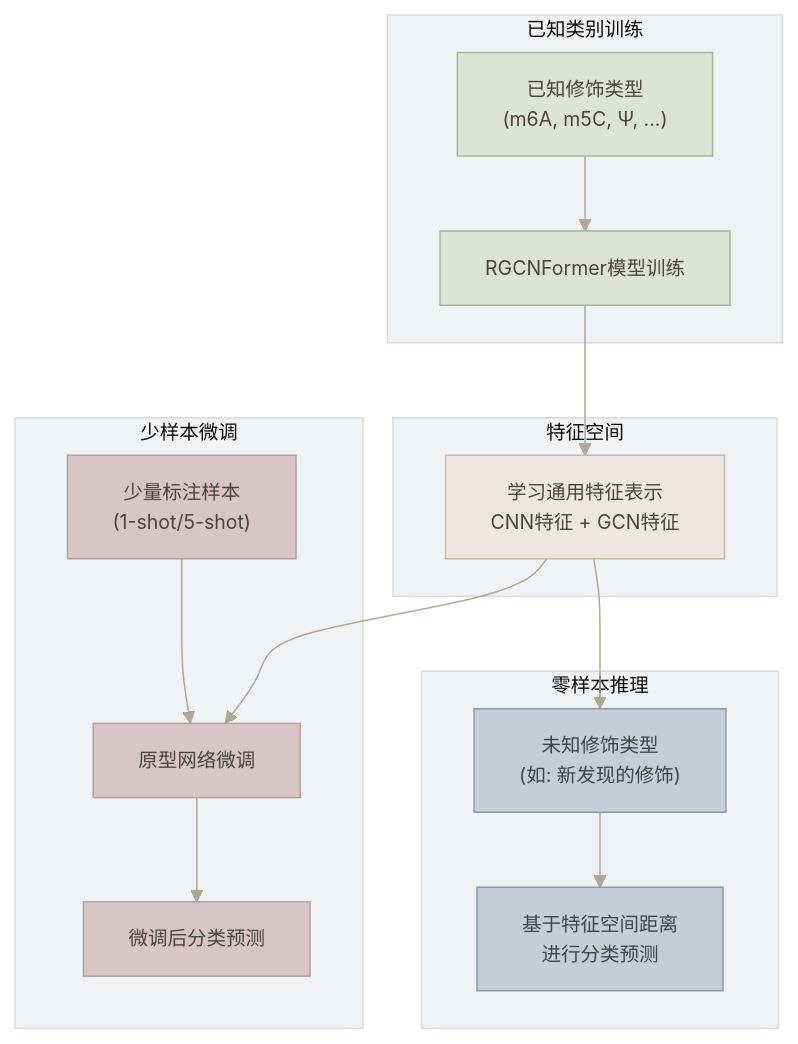
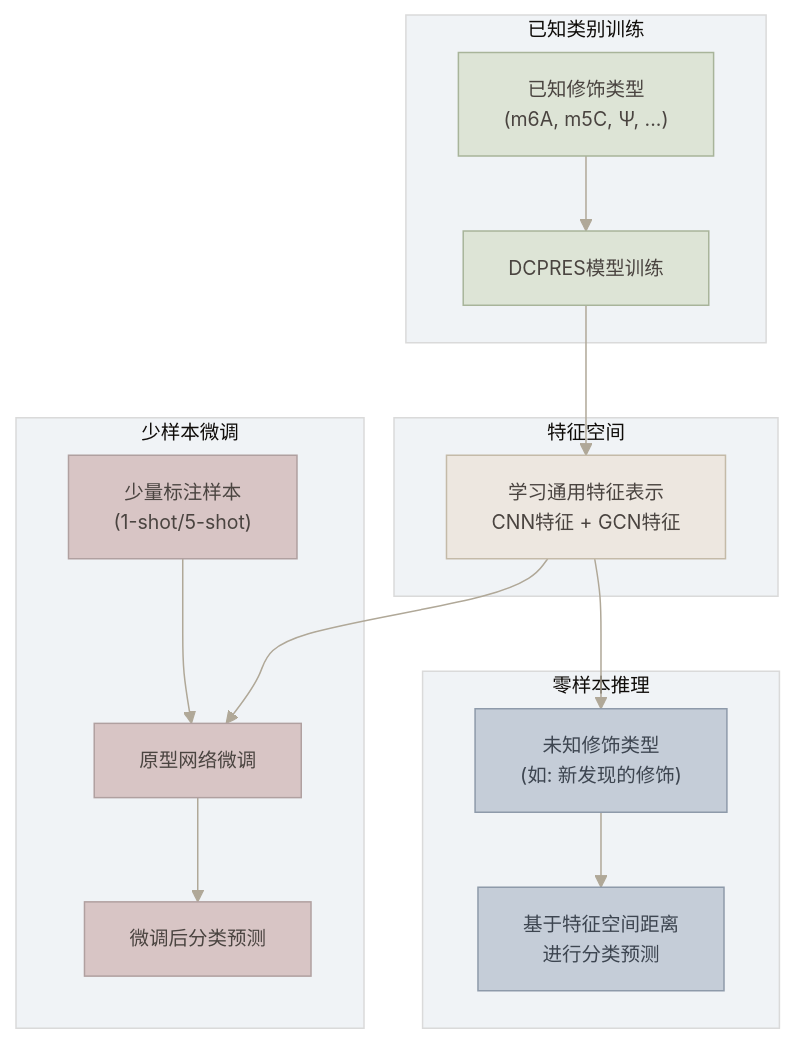
Diagram 17 of 19 in md/RMA序列修饰检测可视化系统架构说明文档.md (fdiskdc/RGCNFormer_WebAndWx_backend), drawn with Mermaid before and after one commit. The commit also changed other lines of this file, not shown here.

````diff
--- a/md/RMA序列修饰检测可视化系统架构说明文档.md
+++ b/md/RMA序列修饰检测可视化系统架构说明文档.md
@@ -1412,27 +1457,27 @@
 ```mermaid
 %%{init: {'theme': 'base', 'themeVariables': {'primaryColor': '#EDE7E0', 'primaryTextColor': '#4A4440', 'primaryBorderColor': '#C4BAA8', 'lineColor': '#B0A898', 'secondaryColor': '#E2DCD4', 'background': '#F8F5F0', 'fontSize': '13px'}}}%%
 graph TD
     classDef train fill:#DDE4D6,stroke:#A8B49A,stroke-width:1px,color:#4A4440
     classDef space fill:#EDE7E0,stroke:#C4BAA8,stroke-width:1px,color:#4A4440
     classDef zero fill:#C5CDD8,stroke:#8E9AAA,stroke-width:1px,color:#3D4550
     classDef few fill:#D8C5C5,stroke:#B0A0A0,stroke-width:1px,color:#4A4440
 
     subgraph 已知类别训练
-        T1["已知修饰类型<br/>(m6A, m5C, Ψ, ...)"]:::train --> Model["RGCNFormer模型训练"]:::train
+        T1["已知修饰类型<br/>(m6A, m5C, Ψ, ...)"]:::train --> Model["DCPRES模型训练"]:::train
     end
 
     subgraph 特征空间
         Model --> F["学习通用特征表示<br/>CNN特征 + GCN特征"]:::space
     end
 
     subgraph 零样本推理
         F --> ZS["未知修饰类型<br/>(如: 新发现的修饰)"]:::zero
         ZS --> P["基于特征空间距离<br/>进行分类预测"]:::zero
     end
 
     subgraph 少样本微调
         FS["少量标注样本<br/>(1-shot/5-shot)"]:::few --> FT["原型网络微调"]:::few
         F --> FT
         FT --> P2["微调后分类预测"]:::few
     end
 ```
````
